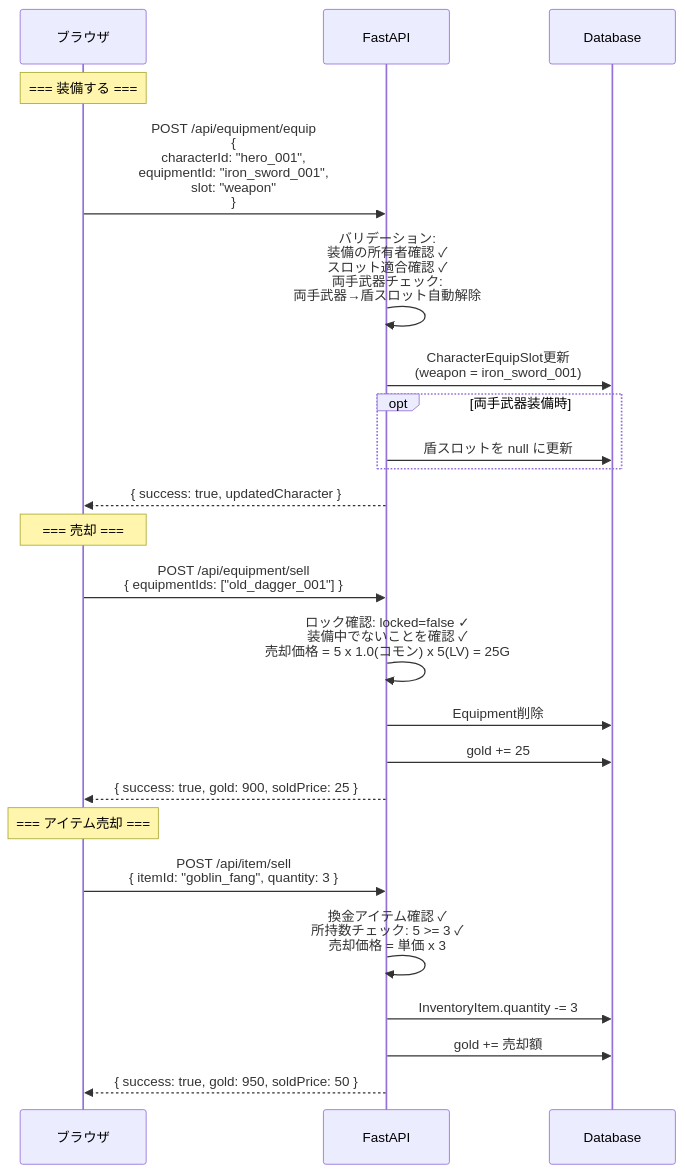
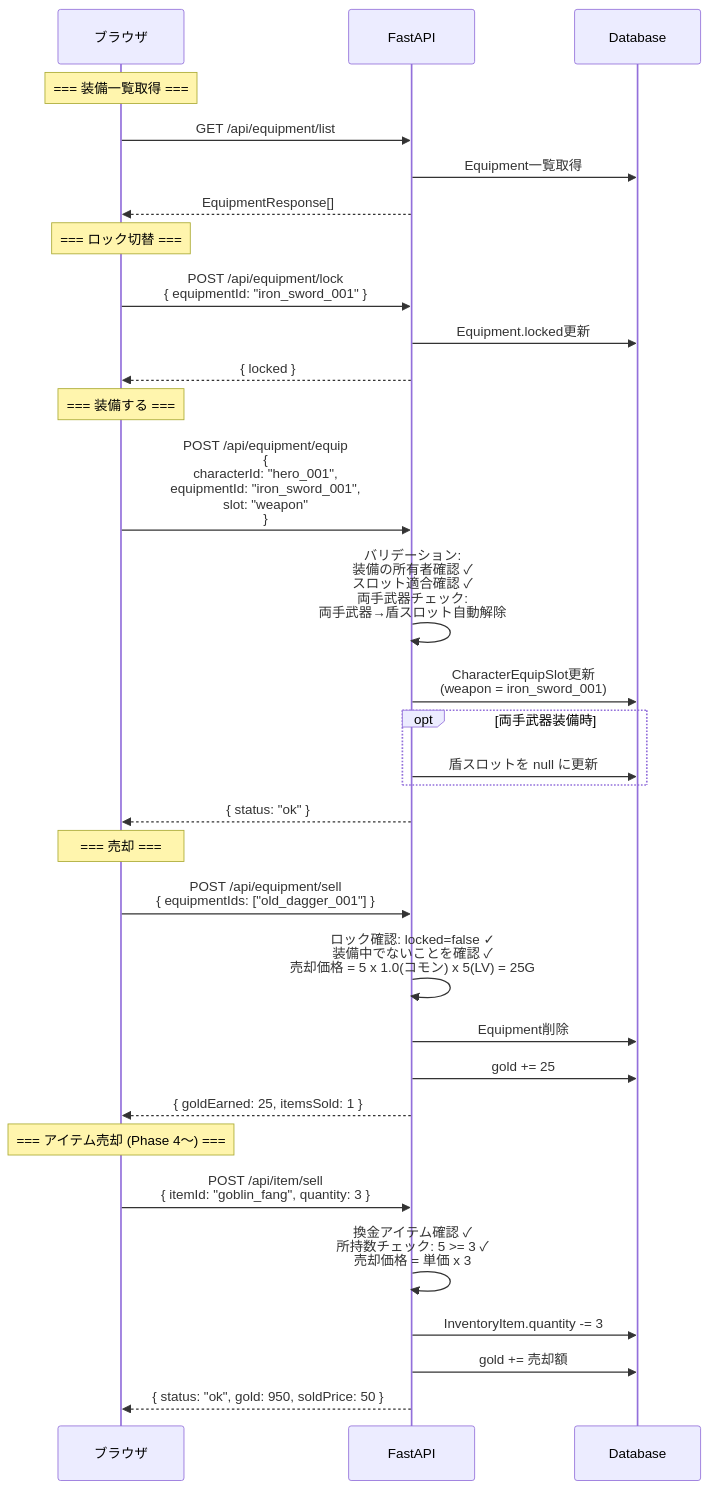
One commit to dateeee/2026_AFKGAME changed the sixth of 14 diagrams in diagrams/api_sequence.md. Above: the diagram before and after it, drawn with Mermaid. The commit also changed other lines of this file and 34 other files, not shown here.

First line of the commit message:
docs+fix: 工程定義に基づく要件〜詳細設計の見直し — 全仕様書・設計図レビューと指摘修正

````diff
--- a/diagrams/api_sequence.md
+++ b/diagrams/api_sequence.md
@@ -208,37 +232,49 @@
 ```mermaid
 %%{init: {'theme': 'default', 'sequence': {'actorFontSize': 18, 'messageFontSize': 16, 'noteFontSize': 14}} }%%
 sequenceDiagram
     participant B as ブラウザ
     participant API as FastAPI
     participant DB as Database
+
+    Note over B: === 装備一覧取得 ===
+
+    B->>API: GET /api/equipment/list
+    API->>DB: Equipment一覧取得
+    API-->>B: EquipmentResponse[]
+
+    Note over B: === ロック切替 ===
+
+    B->>API: POST /api/equipment/lock<br/>{ equipmentId: "iron_sword_001" }
+    API->>DB: Equipment.locked更新
+    API-->>B: { locked }
 
     Note over B: === 装備する ===
 
     B->>API: POST /api/equipment/equip<br/>{<br/>  characterId: "hero_001",<br/>  equipmentId: "iron_sword_001",<br/>  slot: "weapon"<br/>}
 
     API->>API: バリデーション:<br/>装備の所有者確認 ✓<br/>スロット適合確認 ✓<br/>両手武器チェック:<br/>  両手武器→盾スロット自動解除
 
     API->>DB: CharacterEquipSlot更新<br/>(weapon = iron_sword_001)
 
     opt 両手武器装備時
         API->>DB: 盾スロットを null に更新
     end
 
-    API-->>B: { success: true, updatedCharacter }
+    API-->>B: { status: "ok" }
 
     Note over B: === 売却 ===
 
     B->>API: POST /api/equipment/sell<br/>{ equipmentIds: ["old_dagger_001"] }
     API->>API: ロック確認: locked=false ✓<br/>装備中でないことを確認 ✓<br/>売却価格 = 5 x 1.0(コモン) x 5(LV) = 25G
     API->>DB: Equipment削除
     API->>DB: gold += 25
-    API-->>B: { success: true, gold: 900, soldPrice: 25 }
+    API-->>B: { goldEarned: 25, itemsSold: 1 }
 
-    Note over B: === アイテム売却 ===
+    Note over B: === アイテム売却 (Phase 4〜) ===
 
     B->>API: POST /api/item/sell<br/>{ itemId: "goblin_fang", quantity: 3 }
     API->>API: 換金アイテム確認 ✓<br/>所持数チェック: 5 >= 3 ✓<br/>売却価格 = 単価 x 3
     API->>DB: InventoryItem.quantity -= 3
     API->>DB: gold += 売却額
-    API-->>B: { success: true, gold: 950, soldPrice: 50 }
+    API-->>B: { status: "ok", gold: 950, soldPrice: 50 }
 ```
````
